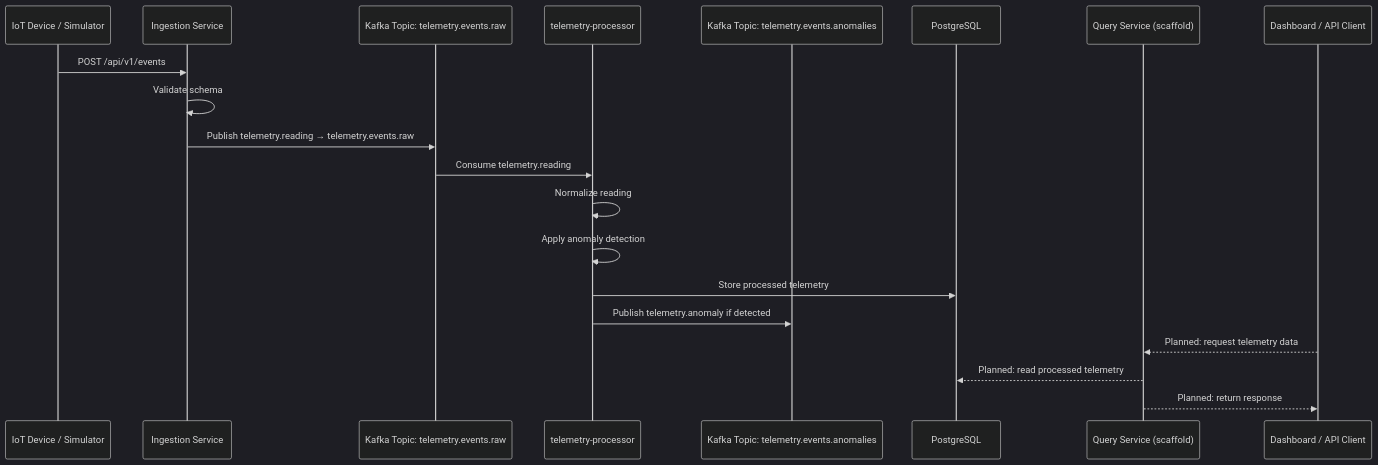
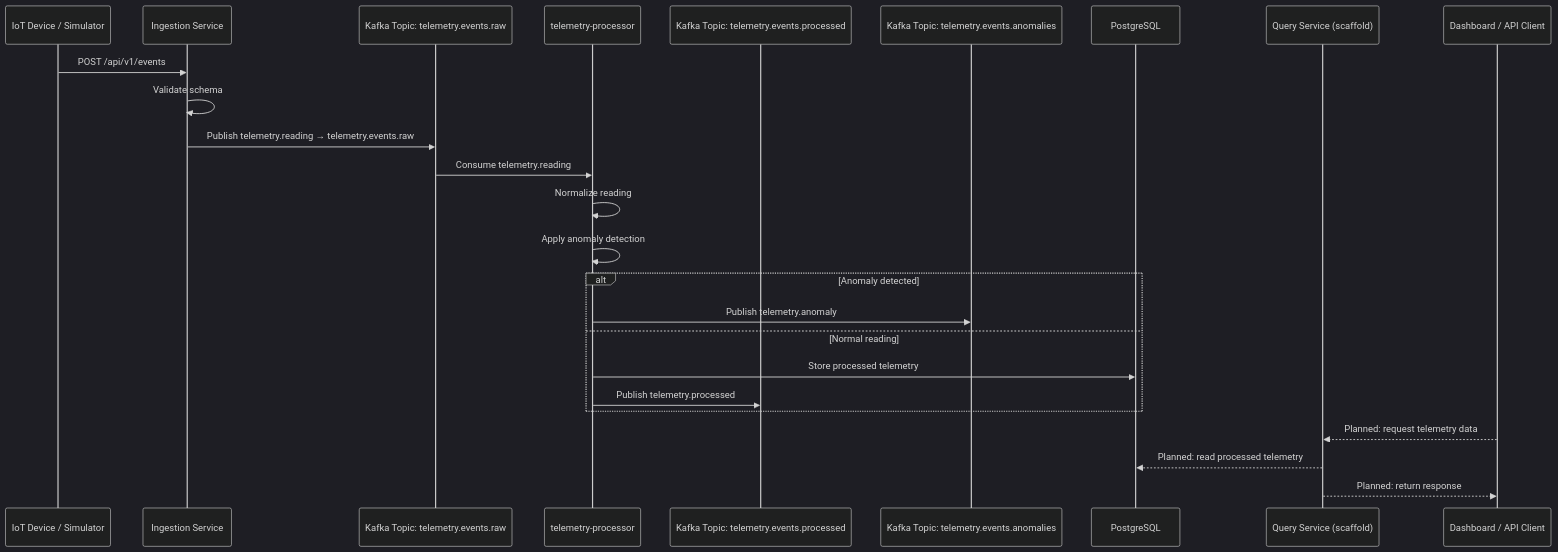
Before and after one commit to ME-Massine/pulsestream: the diagram in docs/diagrams/event-flow.md, drawn with Mermaid (dark theme). The commit also changed 1 other file, not shown here.

Commit message:
docs: correct event flow and query-service status (#261)

````diff
--- a/docs/diagrams/event-flow.md
+++ b/docs/diagrams/event-flow.md
@@ -5,23 +5,28 @@
 ```mermaid
 sequenceDiagram
     participant Device as IoT Device / Simulator
     participant Ingestion as Ingestion Service
     participant Kafka as Kafka Topic: telemetry.events.raw
     participant Processor as telemetry-processor
+    participant Processed as Kafka Topic: telemetry.events.processed
     participant Anomalies as Kafka Topic: telemetry.events.anomalies
     participant DB as PostgreSQL
     participant Query as Query Service (scaffold)
     participant Dashboard as Dashboard / API Client
 
     Device->>Ingestion: POST /api/v1/events
     Ingestion->>Ingestion: Validate schema
     Ingestion->>Kafka: Publish telemetry.reading → telemetry.events.raw
     Kafka->>Processor: Consume telemetry.reading
     Processor->>Processor: Normalize reading
     Processor->>Processor: Apply anomaly detection
-    Processor->>DB: Store processed telemetry
-    Processor->>Anomalies: Publish telemetry.anomaly if detected
+    alt Anomaly detected
+        Processor->>Anomalies: Publish telemetry.anomaly
+    else Normal reading
+        Processor->>DB: Store processed telemetry
+        Processor->>Processed: Publish telemetry.processed
+    end
     Dashboard-->>Query: Planned: request telemetry data
     Query-->>DB: Planned: read processed telemetry
     Query-->>Dashboard: Planned: return response
 ```
````
